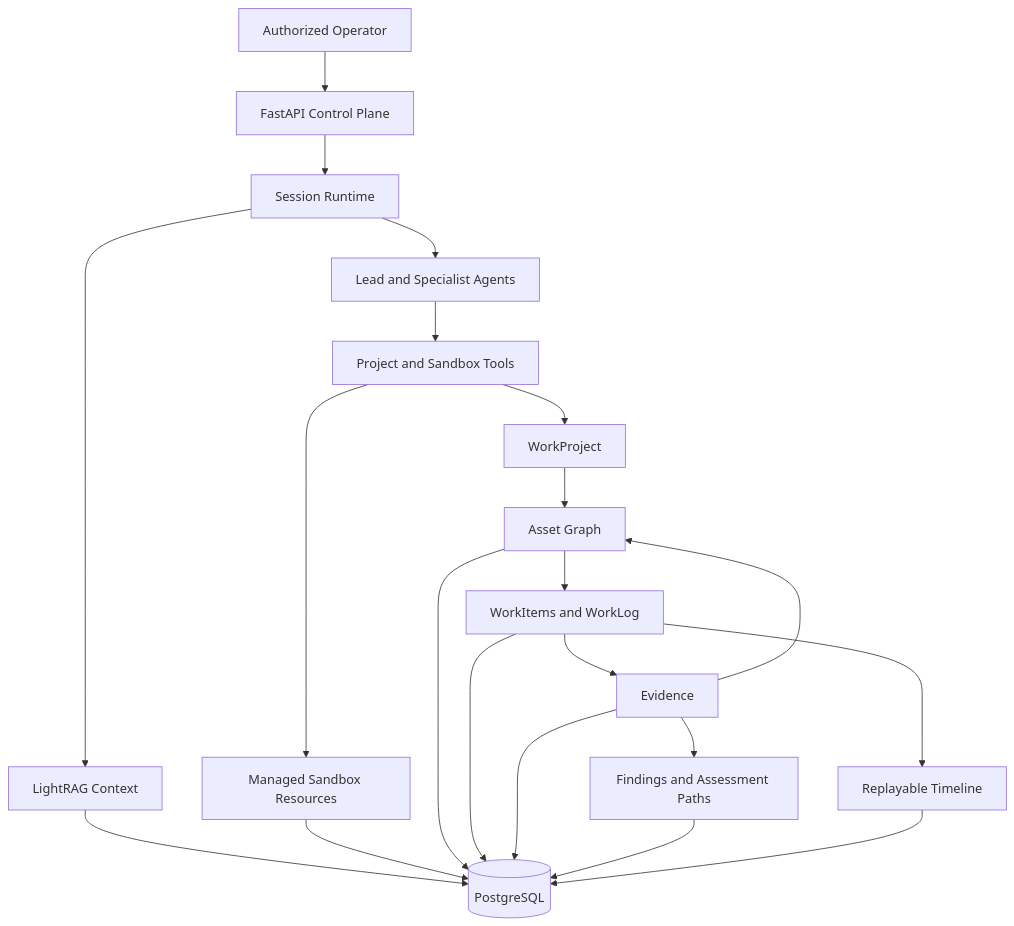
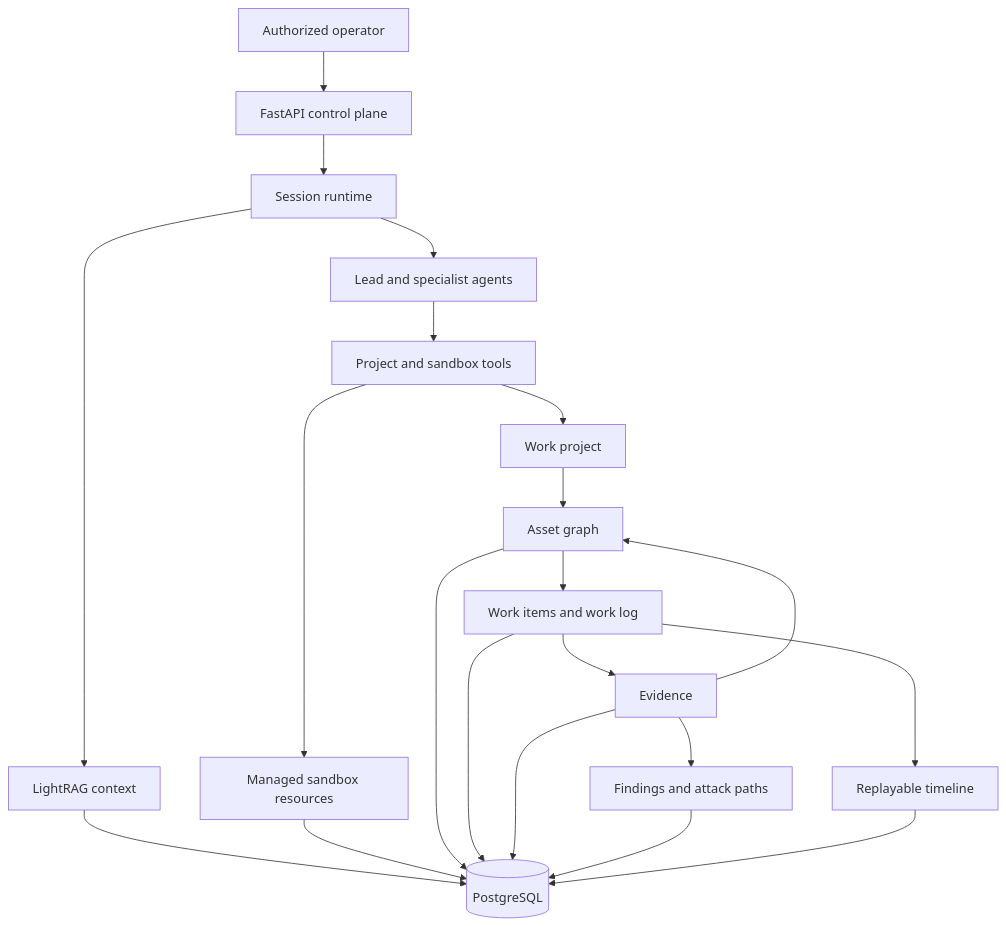
Before and after one commit to 1sLand99/Z3r0: the first of 3 diagrams in docs/en/guide/overview.md, drawn with Mermaid. The commit also changed other lines of this file and 32 other files, not shown here.

````diff
--- a/docs/en/guide/overview.md
+++ b/docs/en/guide/overview.md
@@ -35,31 +50,31 @@
 ```mermaid
 flowchart TB
-  Operator["Authorized Operator"]
-  API["FastAPI Control Plane"]
-  Runtime["Session Runtime"]
-  Agents["Lead and Specialist Agents"]
-  RAG["LightRAG Context"]
-  Tools["Project and Sandbox Tools"]
-  Sandbox["Managed Sandbox Resources"]
-  Project["WorkProject"]
-  Graph["Asset Graph"]
-  Workflow["WorkItems and WorkLog"]
+  Operator["Authorized operator"]
+  API["FastAPI control plane"]
+  Runtime["Session runtime"]
+  Agents["Lead and specialist agents"]
+  RAG["LightRAG context"]
+  Tools["Project and sandbox tools"]
+  Sandbox["Managed sandbox resources"]
+  Project["Work project"]
+  Graph["Asset graph"]
+  Workflow["Work items and work log"]
   Evidence["Evidence"]
-  Conclusions["Findings and Assessment Paths"]
-  Timeline["Replayable Timeline"]
+  Conclusions["Findings and attack paths"]
+  Timeline["Replayable timeline"]
   Store[("PostgreSQL")]
 
   Operator --> API --> Runtime --> Agents --> Tools
   Runtime --> RAG --> Store
   Tools --> Sandbox --> Store
   Tools --> Project
   Project --> Graph --> Workflow
   Workflow --> Evidence --> Conclusions
   Evidence --> Graph
   Workflow --> Timeline
   Graph --> Store
   Workflow --> Store
   Evidence --> Store
   Conclusions --> Store
   Timeline --> Store
 ```
````
